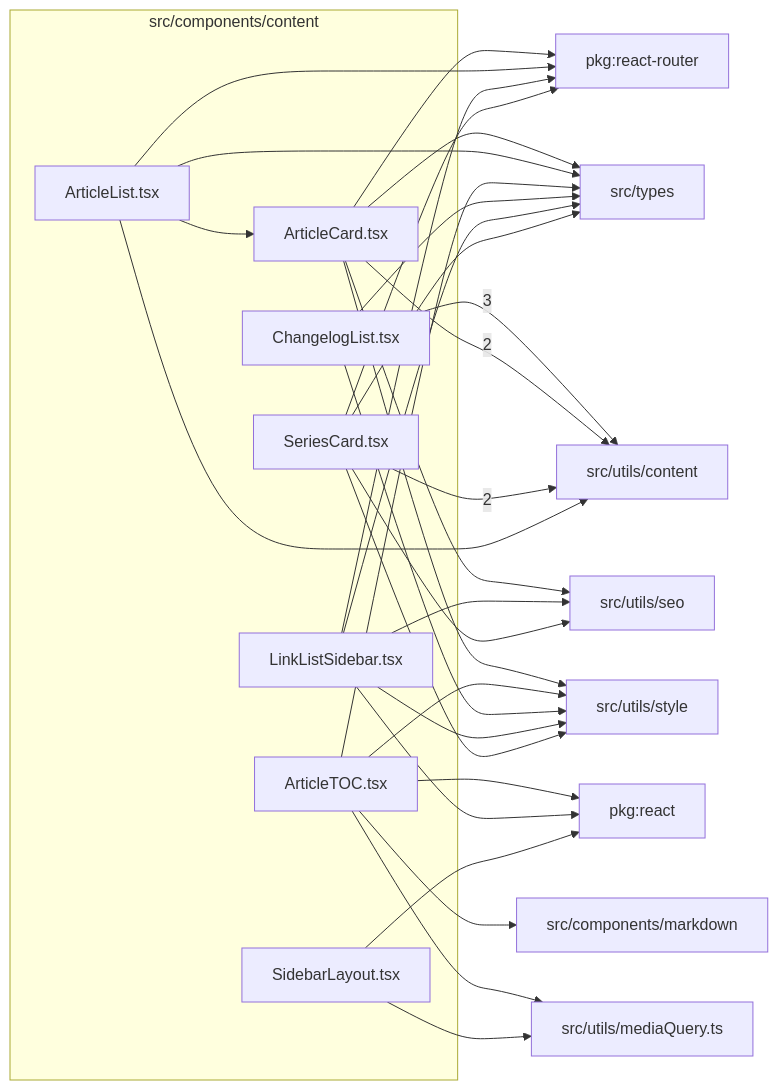
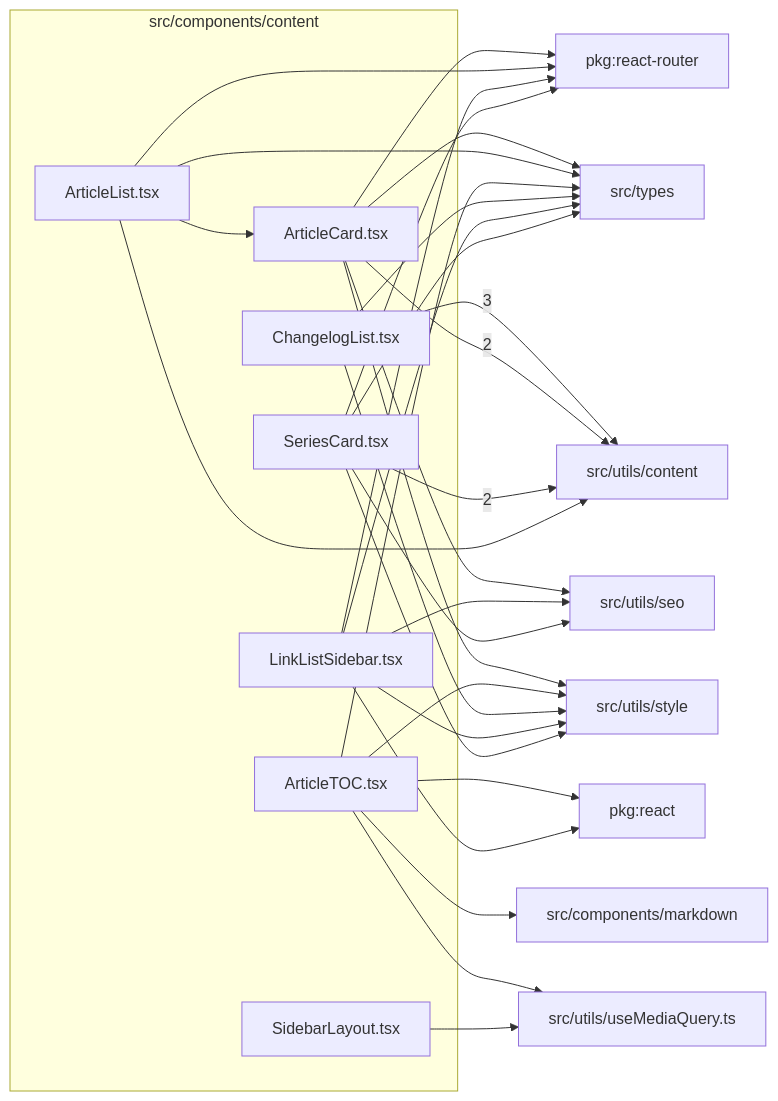
The diagram in src/components/content/readme.md (ronbuening/LensVisualizer), drawn with Mermaid before and after one commit. The commit also changed other lines of this file and 18 other files, not shown here.

Commit message:
Unify responsive media query handling

````diff
--- a/src/components/content/readme.md
+++ b/src/components/content/readme.md
@@ -9,49 +9,48 @@
 ```mermaid
 flowchart LR
   subgraph n_src_components_content["src/components/content"]
     n_src_components_content_src_components_content_ArticleCard_tsx["ArticleCard.tsx"]
     n_src_components_content_src_components_content_ArticleList_tsx["ArticleList.tsx"]
     n_src_components_content_src_components_content_ArticleTOC_tsx["ArticleTOC.tsx"]
     n_src_components_content_src_components_content_ChangelogList_tsx["ChangelogList.tsx"]
     n_src_components_content_src_components_content_LinkListSidebar_tsx["LinkListSidebar.tsx"]
     n_src_components_content_src_components_content_SeriesCard_tsx["SeriesCard.tsx"]
     n_src_components_content_src_components_content_SidebarLayout_tsx["SidebarLayout.tsx"]
   end
   n_external_src_utils_content["src/utils/content"]
   n_external_pkg_react["pkg:react"]
   n_external_pkg_react_router["pkg:react-router"]
   n_external_src_components_markdown["src/components/markdown"]
   n_external_src_types["src/types"]
-  n_external_src_utils_mediaQuery_ts["src/utils/mediaQuery.ts"]
   n_external_src_utils_seo["src/utils/seo"]
   n_external_src_utils_style["src/utils/style"]
+  n_external_src_utils_useMediaQuery_ts["src/utils/useMediaQuery.ts"]
   n_src_components_content_src_components_content_ChangelogList_tsx --> |3| n_external_src_utils_content
   n_src_components_content_src_components_content_ArticleCard_tsx --> |2| n_external_src_utils_content
   n_src_components_content_src_components_content_SeriesCard_tsx --> |2| n_external_src_utils_content
   n_src_components_content_src_components_content_ArticleTOC_tsx --> n_external_pkg_react
   n_src_components_content_src_components_content_LinkListSidebar_tsx --> n_external_pkg_react
-  n_src_components_content_src_components_content_SidebarLayout_tsx --> n_external_pkg_react
   n_src_components_content_src_components_content_ArticleCard_tsx --> n_external_pkg_react_router
   n_src_components_content_src_components_content_ArticleList_tsx --> n_external_pkg_react_router
   n_src_components_content_src_components_content_LinkListSidebar_tsx --> n_external_pkg_react_router
   n_src_components_content_src_components_content_SeriesCard_tsx --> n_external_pkg_react_router
   n_src_components_content_src_components_content_ArticleTOC_tsx --> n_external_src_components_markdown
   n_src_components_content_src_components_content_ArticleCard_tsx --> n_external_src_types
   n_src_components_content_src_components_content_ArticleList_tsx --> n_external_src_types
   n_src_components_content_src_components_content_ArticleTOC_tsx --> n_external_src_types
   n_src_components_content_src_components_content_ChangelogList_tsx --> n_external_src_types
   n_src_components_content_src_components_content_LinkListSidebar_tsx --> n_external_src_types
   n_src_components_content_src_components_content_SeriesCard_tsx --> n_external_src_types
   n_src_components_content_src_components_content_ArticleList_tsx --> n_external_src_utils_content
-  n_src_components_content_src_components_content_ArticleTOC_tsx --> n_external_src_utils_mediaQuery_ts
-  n_src_components_content_src_components_content_SidebarLayout_tsx --> n_external_src_utils_mediaQuery_ts
   n_src_components_content_src_components_content_ArticleCard_tsx --> n_external_src_utils_seo
   n_src_components_content_src_components_content_LinkListSidebar_tsx --> n_external_src_utils_seo
   n_src_components_content_src_components_content_SeriesCard_tsx --> n_external_src_utils_seo
   n_src_components_content_src_components_content_ArticleCard_tsx --> n_external_src_utils_style
   n_src_components_content_src_components_content_ArticleTOC_tsx --> n_external_src_utils_style
   n_src_components_content_src_components_content_ChangelogList_tsx --> n_external_src_utils_style
   n_src_components_content_src_components_content_LinkListSidebar_tsx --> n_external_src_utils_style
   n_src_components_content_src_components_content_SeriesCard_tsx --> n_external_src_utils_style
+  n_src_components_content_src_components_content_ArticleTOC_tsx --> n_external_src_utils_useMediaQuery_ts
+  n_src_components_content_src_components_content_SidebarLayout_tsx --> n_external_src_utils_useMediaQuery_ts
   n_src_components_content_src_components_content_ArticleList_tsx --> n_src_components_content_src_components_content_ArticleCard_tsx
 ```
````
